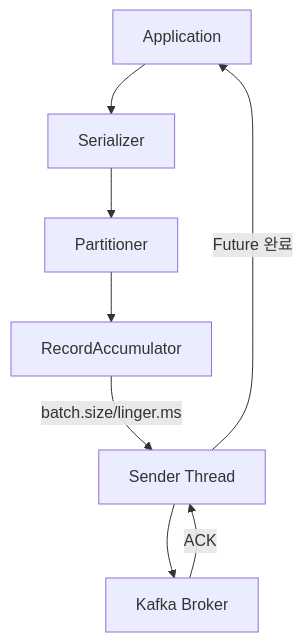
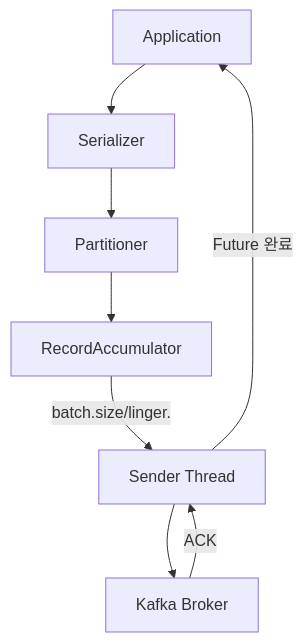
The first of 4 diagrams in _posts/kafka/2026-05-01-kafka-producer-deep.md (yjkim2015/yjkim2015.github.io), drawn with Mermaid before and after one commit. The commit also changed other lines of this file and 271 other files, not shown here.

First line of the commit message:
Mermaid 라벨 축소: 긴 노드 텍스트 18자 이하로 트림 + \n 제거

````diff
--- a/_posts/kafka/2026-05-01-kafka-producer-deep.md
+++ b/_posts/kafka/2026-05-01-kafka-producer-deep.md
@@ -26,7 +26,7 @@
 ```mermaid
 flowchart TD
     APP["Application"] --> SER["Serializer"] --> PART["Partitioner"] --> ACC["RecordAccumulator"]
-    ACC -->|"batch.size/linger.ms"| SEND["Sender Thread"]
+    ACC -->|"batch.size/linger."| SEND["Sender Thread"]
     SEND --> BROKER["Kafka Broker"] -->|ACK| SEND
     SEND -->|"Future 완료"| APP
 ```
````
